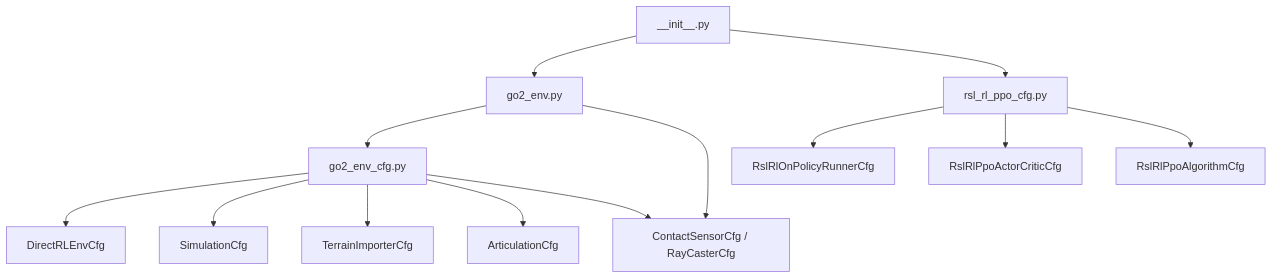
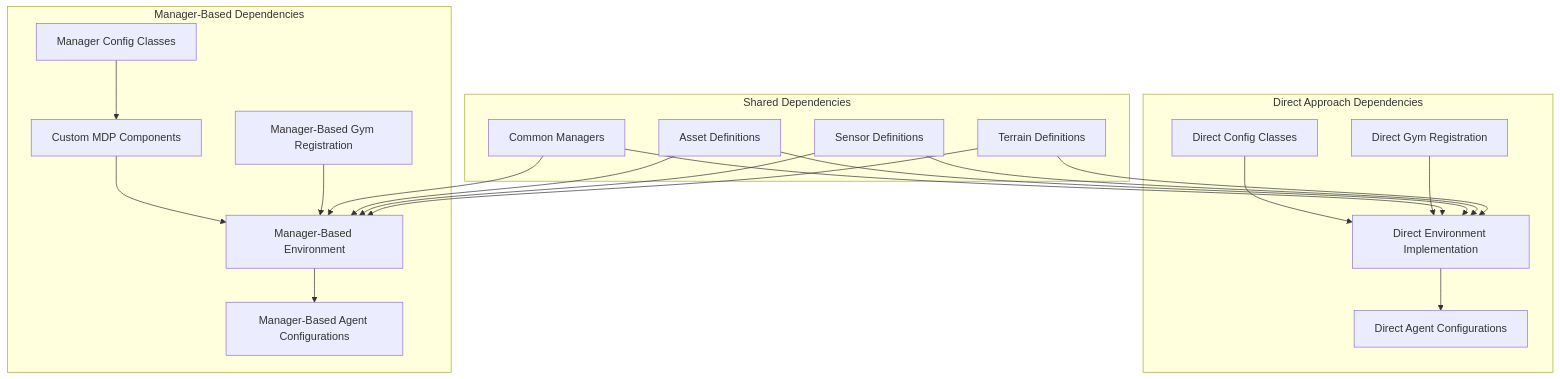
The sixth of 7 diagrams in .qoder/repowiki/en/content/Go2 Environment System/Environment Configuration and Setup.md (jayjayhust/extreme-quadruped-parkour), drawn with Mermaid before and after one commit. The commit also changed other lines of this file and 444 other files, not shown here.

Commit message:
enable raycaster sensor and contact sensor debug visualizer

````diff
--- a/.qoder/repowiki/en/content/Go2 Environment System/Environment Configuration and Setup.md
+++ b/.qoder/repowiki/en/content/Go2 Environment System/Environment Configuration and Setup.md
@@ -417,15 +319,24 @@
 ```mermaid
 graph TB
-EnvCfg["go2_env_cfg.py"] --> BaseCfg["DirectRLEnvCfg"]
-EnvCfg --> Sim["SimulationCfg"]
-EnvCfg --> Terrain["TerrainImporterCfg"]
-EnvCfg --> Assets["ArticulationCfg"]
-EnvCfg --> Sensors["ContactSensorCfg / RayCasterCfg"]
-EnvImpl["go2_env.py"] --> EnvCfg
-EnvImpl --> Sensors
-AgentCfg["rsl_rl_ppo_cfg.py"] --> Runner["RslRlOnPolicyRunnerCfg"]
-AgentCfg --> Policy["RslRlPpoActorCriticCfg"]
-AgentCfg --> Algo["RslRlPpoAlgorithmCfg"]
-Reg["__init__.py"] --> EnvImpl
-Reg --> AgentCfg
+subgraph "Direct Approach Dependencies"
+DIRECT_CFG["Direct Config Classes"] --> DIRECT_IMPL["Direct Environment Implementation"]
+DIRECT_IMPL --> DIRECT_AGENTS["Direct Agent Configurations"]
+DIRECT_REG["Direct Gym Registration"] --> DIRECT_IMPL
+end
+subgraph "Manager-Based Dependencies"
+MAN_CFG["Manager Config Classes"] --> MAN_MDP["Custom MDP Components"]
+MAN_MDP --> MAN_IMPL["Manager-Based Environment"]
+MAN_IMPL --> MAN_AGENTS["Manager-Based Agent Configurations"]
+MAN_REG["Manager-Based Gym Registration"] --> MAN_IMPL
+end
+subgraph "Shared Dependencies"
+COMMON["Common Managers"] --> DIRECT_IMPL
+COMMON --> MAN_IMPL
+ASSETS["Asset Definitions"] --> DIRECT_IMPL
+ASSETS --> MAN_IMPL
+SENSORS["Sensor Definitions"] --> DIRECT_IMPL
+SENSORS --> MAN_IMPL
+TERRAINS["Terrain Definitions"] --> DIRECT_IMPL
+TERRAINS --> MAN_IMPL
+end
 ```
````
